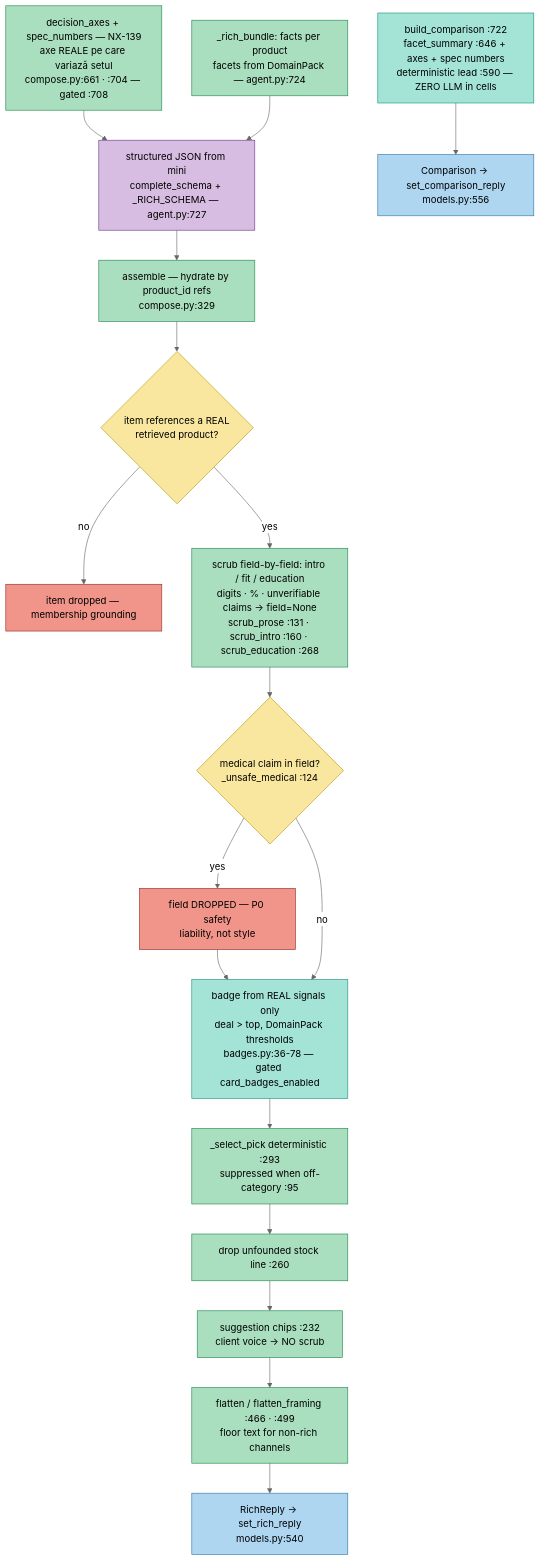
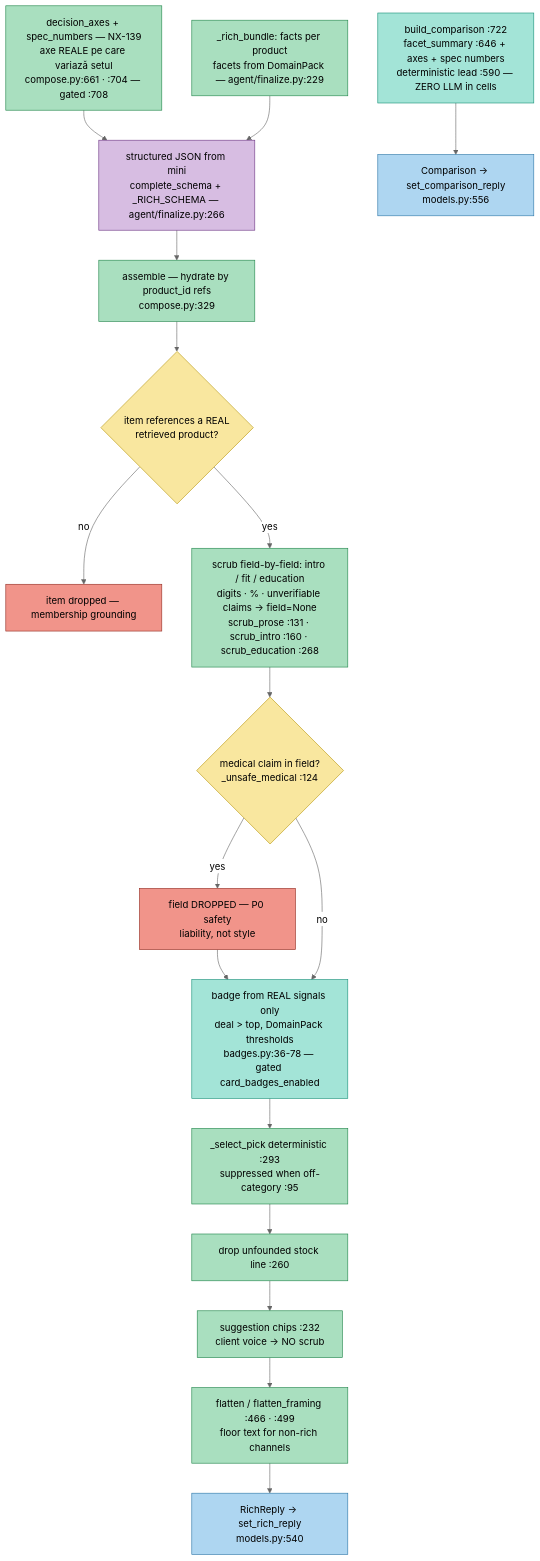
The sixth of 12 diagrams in docs/ARCHITECTURE-WORKFLOWS.md (AdiBoaru/Sales-Ass), drawn with Mermaid (neutral theme) before and after one commit. The commit also changed other lines of this file and 1 other file, not shown here.

````diff
--- a/docs/ARCHITECTURE-WORKFLOWS.md
+++ b/docs/ARCHITECTURE-WORKFLOWS.md
@@ -661,41 +661,41 @@
 ```mermaid
 flowchart TD
   classDef dec fill:#f9e79f,stroke:#b7950b,color:#000
   classDef llm fill:#d7bde2,stroke:#6c3483,color:#000
   classDef free fill:#a3e4d7,stroke:#148f77,color:#000
   classDef out fill:#aed6f1,stroke:#2874a6,color:#000
   classDef step fill:#a9dfbf,stroke:#1e8449,color:#000
   classDef err fill:#f1948a,stroke:#922b21,color:#000
 
   AXES["decision_axes + spec_numbers — NX-139<br/>axe REALE pe care variază setul<br/>compose.py:661 · :704 — gated :708"]:::step
-  BNDL["_rich_bundle: facts per product<br/>facets from DomainPack — agent.py:724"]:::step
-  JIN["structured JSON from mini<br/>complete_schema + _RICH_SCHEMA — agent.py:727"]:::llm
+  BNDL["_rich_bundle: facts per product<br/>facets from DomainPack — agent/finalize.py:229"]:::step
+  JIN["structured JSON from mini<br/>complete_schema + _RICH_SCHEMA — agent/finalize.py:266"]:::llm
 
   ASM["assemble — hydrate by product_id refs<br/>compose.py:329"]:::step
   MEM{"item references a REAL<br/>retrieved product?"}:::dec
   DROPI["item dropped — membership grounding"]:::err
 
   SCRB["scrub field-by-field: intro / fit / education<br/>digits · % · unverifiable claims → field=None<br/>scrub_prose :131 · scrub_intro :160 · scrub_education :268"]:::step
   MED{"medical claim in field?<br/>_unsafe_medical :124"}:::dec
   DROPF["field DROPPED — P0 safety<br/>liability, not style"]:::err
 
   BDG["badge from REAL signals only<br/>deal > top, DomainPack thresholds<br/>badges.py:36-78 — gated card_badges_enabled"]:::free
   PICK["_select_pick deterministic :293<br/>suppressed when off-category :95"]:::step
   STK["drop unfounded stock line :260"]:::step
   CHIPS["suggestion chips :232<br/>client voice → NO scrub"]:::step
   FLAT["flatten / flatten_framing :466 · :499<br/>floor text for non-rich channels"]:::step
   OUTR["RichReply → set_rich_reply<br/>models.py:540"]:::out
 
   CMPB["build_comparison :722<br/>facet_summary :646 + axes + spec numbers<br/>deterministic lead :590 — ZERO LLM in cells"]:::free
   OUTC["Comparison → set_comparison_reply<br/>models.py:556"]:::out
 
   AXES --> JIN
   BNDL --> JIN
   JIN --> ASM --> MEM
   MEM -- no --> DROPI
   MEM -- yes --> SCRB --> MED
   MED -- yes --> DROPF --> BDG
   MED -- no --> BDG
   BDG --> PICK --> STK --> CHIPS --> FLAT --> OUTR
   CMPB --> OUTC
 ```
````
